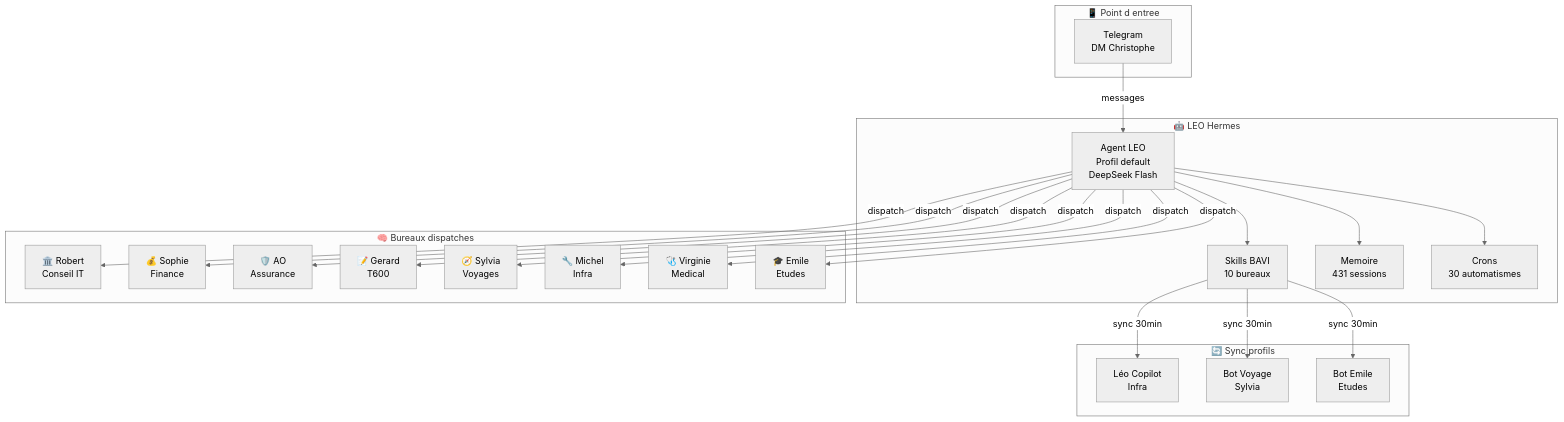
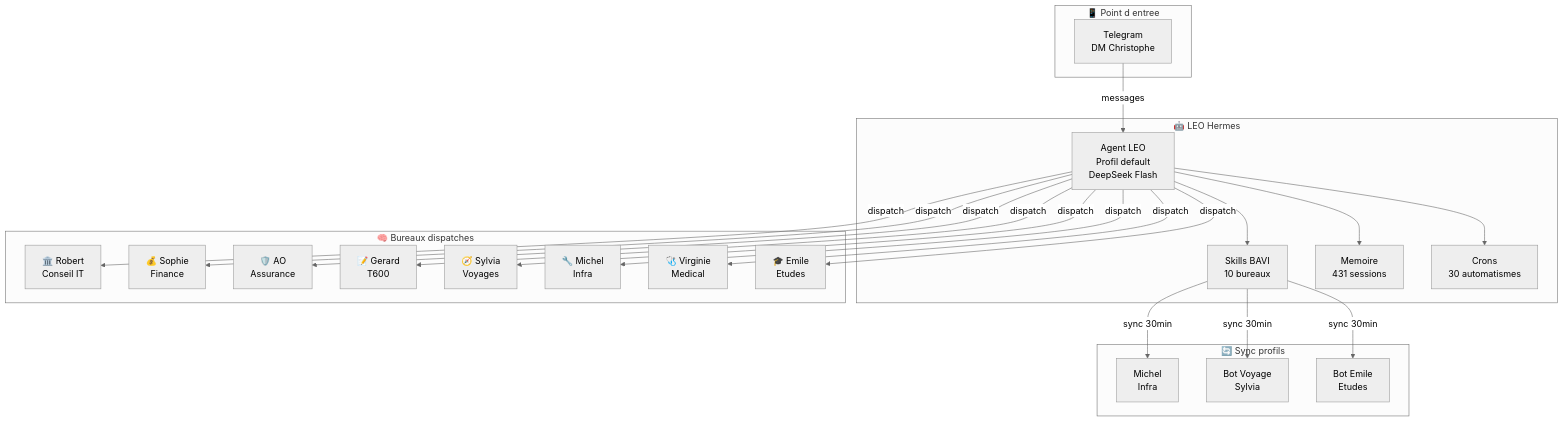
Before and after one commit to christophedanhier-hash/BAVI_LEO: the first of 7 diagrams in docs/wiki/agent-pro/bureau-leo/archive/analyse-bot-leo-hub.md, drawn with Mermaid (neutral theme). The commit also changed other lines of this file and 18 other files, not shown here.

Commit message:
v1d: Nettoyage complet - remplacement Léo Copilot/Copilote → Michel dans tous les docs

````diff
--- a/docs/wiki/agent-pro/bureau-leo/archive/analyse-bot-leo-hub.md
+++ b/docs/wiki/agent-pro/bureau-leo/archive/analyse-bot-leo-hub.md
@@ -65,47 +65,47 @@
 ```mermaid
 graph TB
     subgraph "📱 Point d entree"
         TG[Telegram<br/>DM Christophe]
     end
 
     subgraph "🤖 LEO Hermes"
         L[Agent LEO<br/>Profil default<br/>DeepSeek Flash]
         SK[Skills BAVI<br/>10 bureaux]
         MB[Memoire<br/>431 sessions]
         CR[Crons<br/>30 automatismes]
     end
 
     subgraph "🧠 Bureaux dispatches"
         R[🏛️ Robert<br/>Conseil IT]
         S[💰 Sophie<br/>Finance]
         AO[🛡️ AO<br/>Assurance]
         G[📝 Gerard<br/>T600]
         SY[🧭 Sylvia<br/>Voyages]
         M[🔧 Michel<br/>Infra]
         V[🩺 Virginie<br/>Medical]
         E[🎓 Emile<br/>Etudes]
     end
 
     subgraph "🔄 Sync profils"
-        LC[Léo Copilot<br/>Infra]
+        LC[Michel<br/>Infra]
         BV[Bot Voyage<br/>Sylvia]
         BE[Bot Emile<br/>Etudes]
     end
 
     TG -->|messages| L
     L -->|dispatch| R
     L -->|dispatch| S
     L -->|dispatch| AO
     L -->|dispatch| G
     L -->|dispatch| SY
     L -->|dispatch| M
     L -->|dispatch| V
     L -->|dispatch| E
     L --> SK
     L --> MB
     L --> CR
     
     SK -->|sync 30min| LC
     SK -->|sync 30min| BV
     SK -->|sync 30min| BE
 ```
````
